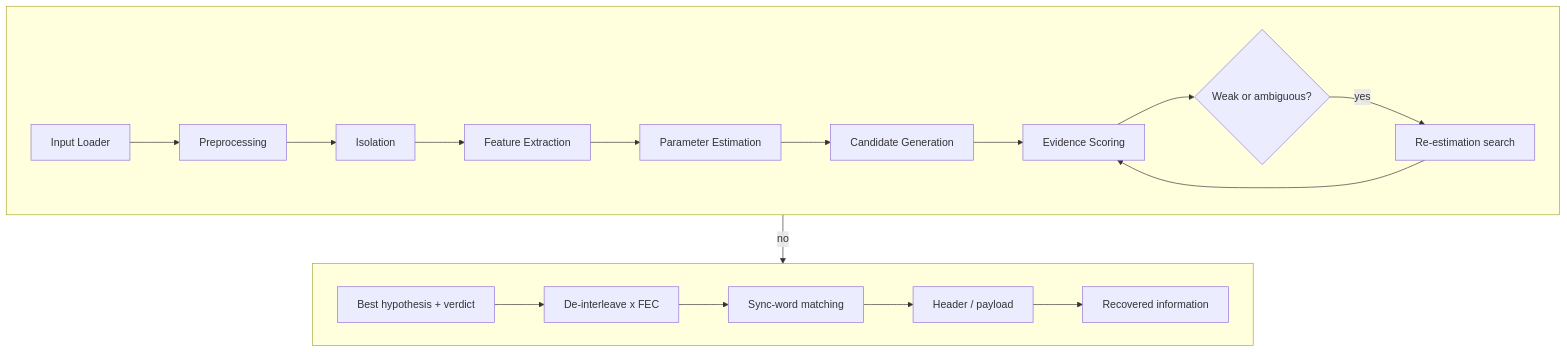
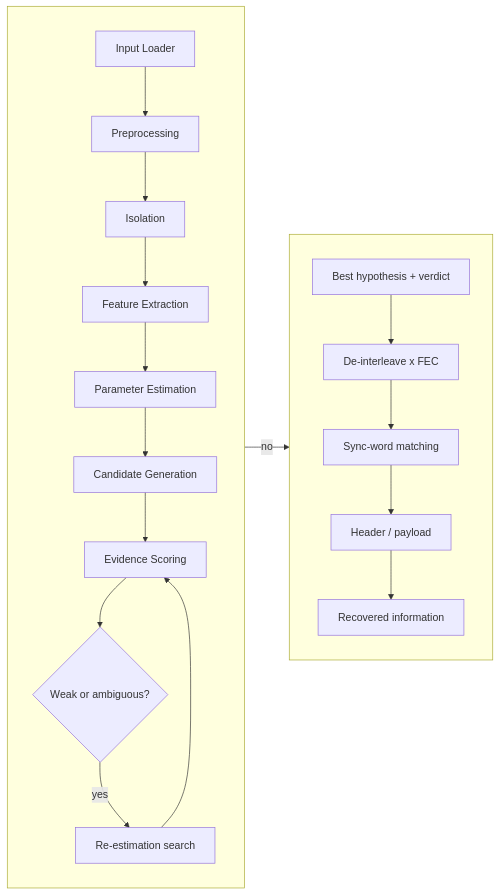
One commit to Akhil-0911/SigIQ changed the second of 3 diagrams in README.md. Above: the diagram before and after it, drawn with Mermaid.

Commit message:
Arrange the pipeline flowchart's two parts side by side (landscape)
Outer direction changed from top-down (rows stacked vertically) to
left-to-right, with each part now flowing top-to-bottom internally.
Part 1 (loading through re-estimation) sits to the left of Part 2
(verdict through recovered information) instead of above it.

````diff
--- a/README.md
+++ b/README.md
@@ -102,16 +102,16 @@
 ```mermaid
-flowchart TD
-    subgraph Row1[" "]
-        direction LR
+flowchart LR
+    subgraph Part1[" "]
+        direction TB
         L[Input Loader] --> P[Preprocessing] --> I[Isolation] --> F[Feature Extraction]
         F --> E[Parameter Estimation] --> G[Candidate Generation] --> S[Evidence Scoring]
         S --> W{Weak or ambiguous?}
         W -- yes --> R[Re-estimation search] --> S
     end
-    subgraph Row2[" "]
-        direction LR
+    subgraph Part2[" "]
+        direction TB
         V[Best hypothesis + verdict] --> D[De-interleave x FEC]
         D --> H[Sync-word matching] --> PL[Header / payload] --> RI[Recovered information]
     end
     W -- no --> V
 ```
````
